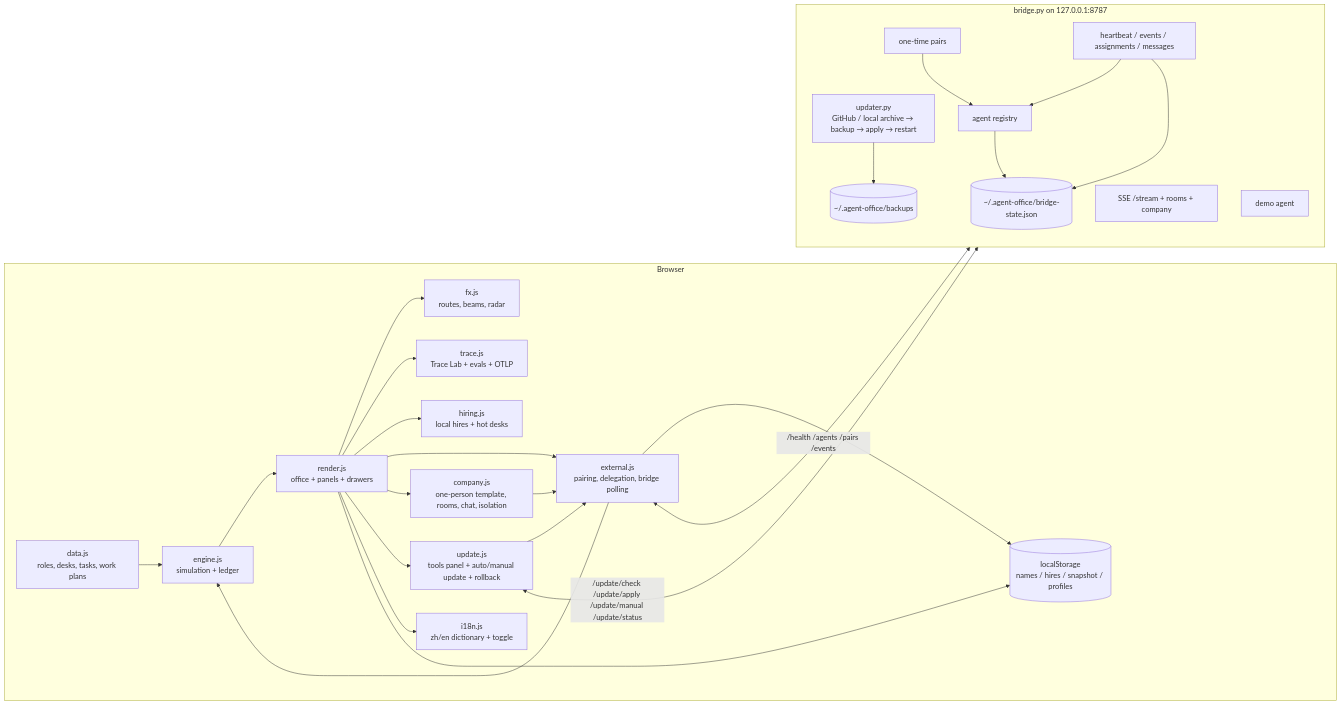
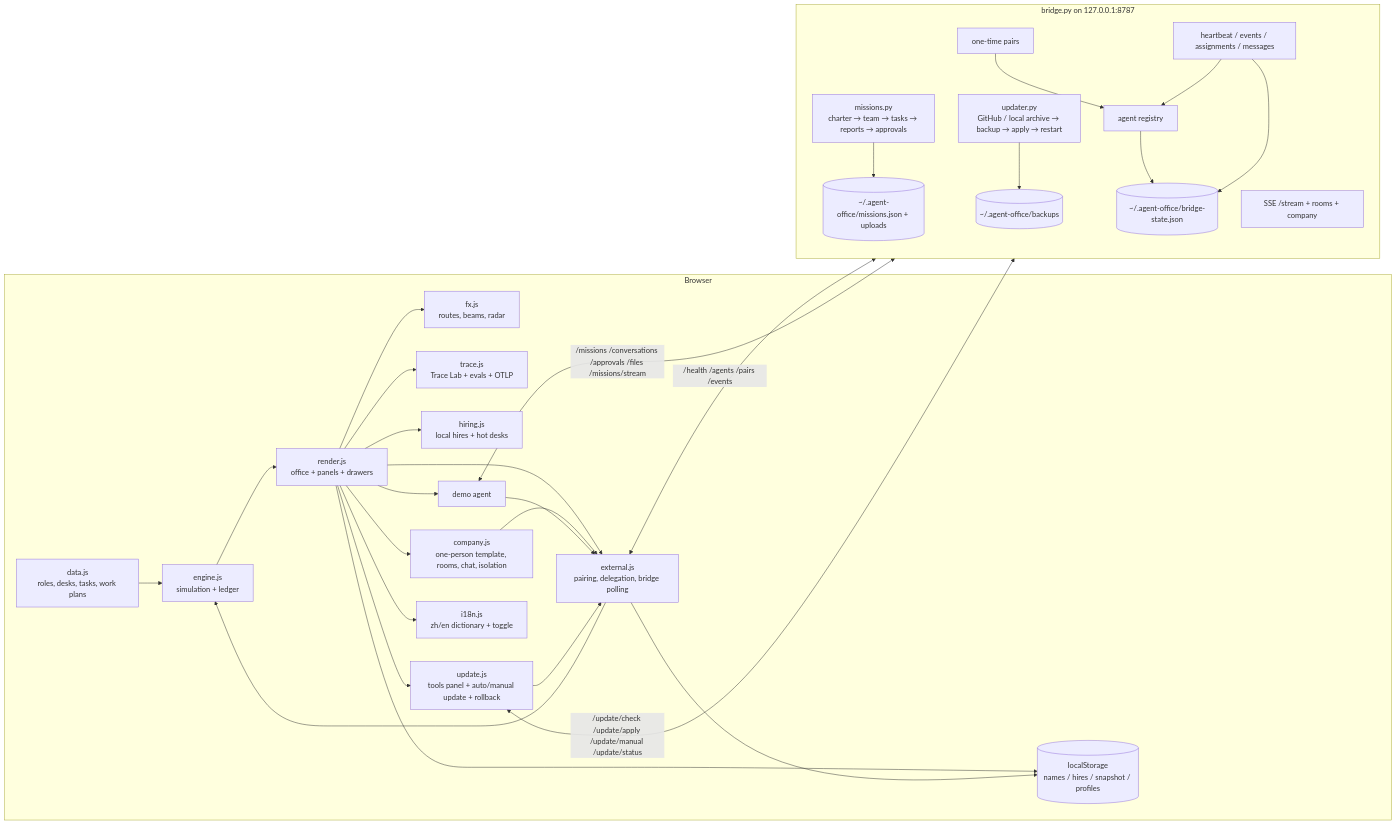
One commit to 128fei-wang/agent-office changed the diagram in docs/ARCHITECTURE.md. Above: the diagram before and after it, drawn with Mermaid. The commit also changed other lines of this file and 24 other files, not shown here.

````diff
--- a/docs/ARCHITECTURE.md
+++ b/docs/ARCHITECTURE.md
@@ -5,49 +5,56 @@
 ```mermaid
 flowchart LR
   subgraph Browser
     D[data.js<br/>roles, desks, tasks, work plans]
     E[engine.js<br/>simulation + ledger]
     R[render.js<br/>office + panels + drawers]
     F[fx.js<br/>routes, beams, radar]
     T[trace.js<br/>Trace Lab + evals + OTLP]
     H[hiring.js<br/>local hires + hot desks]
     X[external.js<br/>pairing, delegation, bridge polling]
     C[company.js<br/>one-person template, rooms, chat, isolation]
+    M[missions.js<br/>tasks, groups/DMs, files, approvals]
     U[update.js<br/>tools panel + auto/manual update + rollback]
     I[i18n.js<br/>zh/en dictionary + toggle]
     L[(localStorage<br/>names / hires / snapshot / profiles)]
     D --> E
     E --> R
     R --> F
     R --> T
     R --> H
     R --> X
     R --> C
     C --> X
+    R --> M
+    M --> X
     R --> U
     U --> X
     R --> I
     X --> E
     R --> L
     X --> L
   end
 
   subgraph Bridge[bridge.py on 127.0.0.1:8787]
     P[one-time pairs]
     A[agent registry]
     V[heartbeat / events / assignments / messages]
     O[SSE /stream + rooms + company]
     M[demo agent]
+    J[missions.py<br/>charter → team → tasks → reports → approvals]
     N[updater.py<br/>GitHub / local archive → backup → apply → restart]
     S[(~/.agent-office/bridge-state.json)]
+    Q[(~/.agent-office/missions.json + uploads)]
     B[(~/.agent-office/backups)]
   end
 
   X <-->|/health /agents /pairs /events| Bridge
+  M <-->|/missions /conversations /approvals /files /missions/stream| Bridge
+  J --> Q
   U <-->|/update/check /update/apply /update/manual /update/status| Bridge
   N --> B
   P --> A
   V --> A
   A --> S
   V --> S
 ```
````
